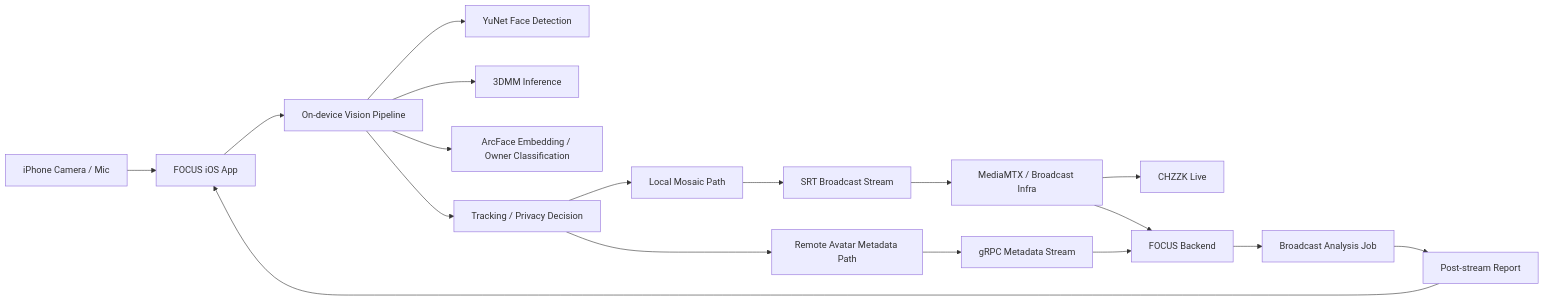
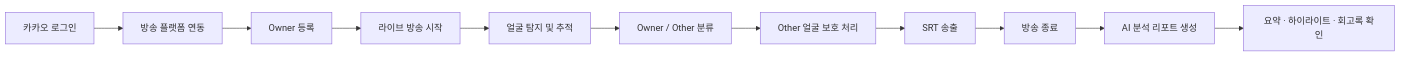
Before and after one commit to kookmin-sw/2026-capstone-17: the second of 4 diagrams in README.md, drawn with Mermaid. The commit also changed other lines of this file, not shown here.

````diff
--- a/README.md
+++ b/README.md
@@ -91,25 +126,13 @@
 ```mermaid
 flowchart LR
-    A["iPhone Camera / Mic"] --> B["FOCUS iOS App"]
-
-    B --> C["On-device Vision Pipeline"]
-    C --> C1["YuNet Face Detection"]
-    C --> C2["3DMM Inference"]
-    C --> C3["ArcFace Embedding / Owner Classification"]
-    C --> C4["Tracking / Privacy Decision"]
-
-    C4 --> D["Local Mosaic Path"]
-    C4 --> E["Remote Avatar Metadata Path"]
-
-    D --> F["SRT Broadcast Stream"]
-    E --> G["gRPC Metadata Stream"]
-
-    F --> H["MediaMTX / Broadcast Infra"]
-    H --> I["CHZZK Live"]
-
-    G --> J["FOCUS Backend"]
-    H --> J
-    J --> K["Broadcast Analysis Job"]
-    K --> L["Post-stream Report"]
-    L --> B
+    A["카카오 로그인"] --> B["방송 플랫폼 연동"]
+    B --> C["Owner 등록"]
+    C --> D["라이브 방송 시작"]
+    D --> E["얼굴 탐지 및 추적"]
+    E --> F["Owner / Other 분류"]
+    F --> G["Other 얼굴 보호 처리"]
+    G --> H["SRT 송출"]
+    H --> I["방송 종료"]
+    I --> J["AI 분석 리포트 생성"]
+    J --> K["요약 · 하이라이트 · 회고록 확인"]
 ```
````
